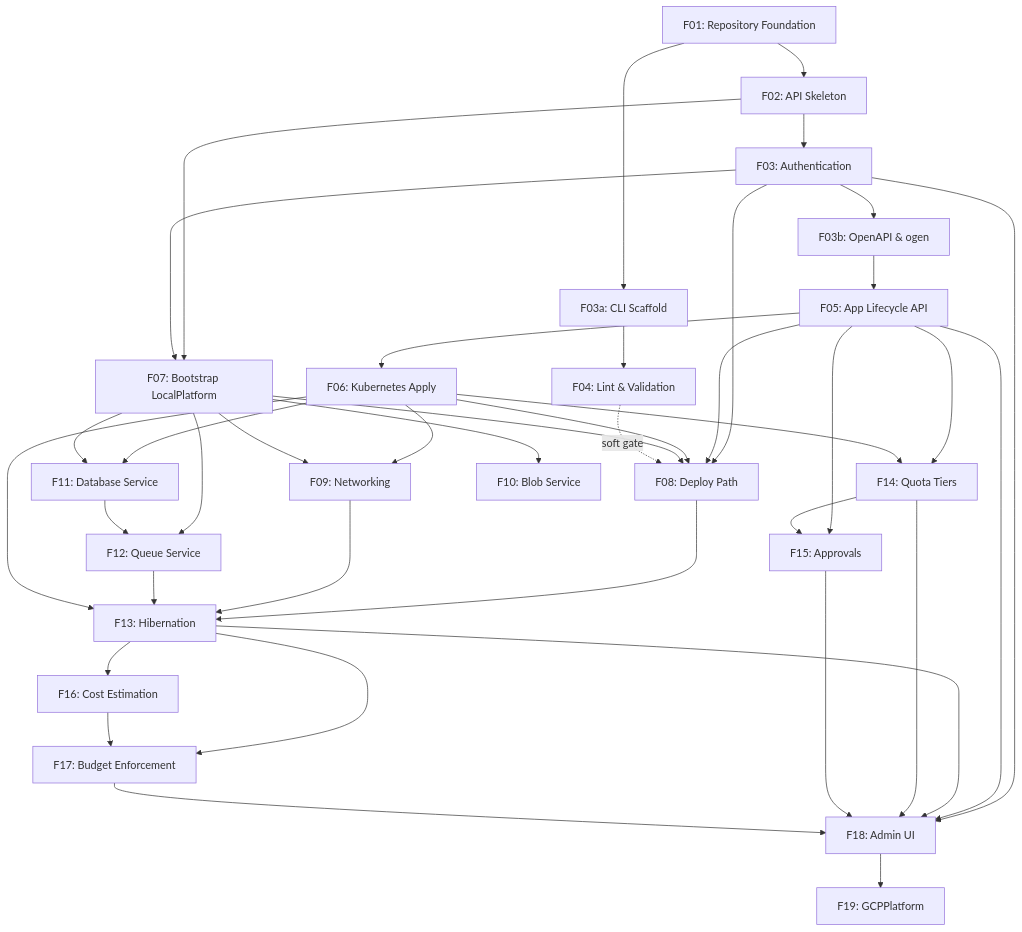
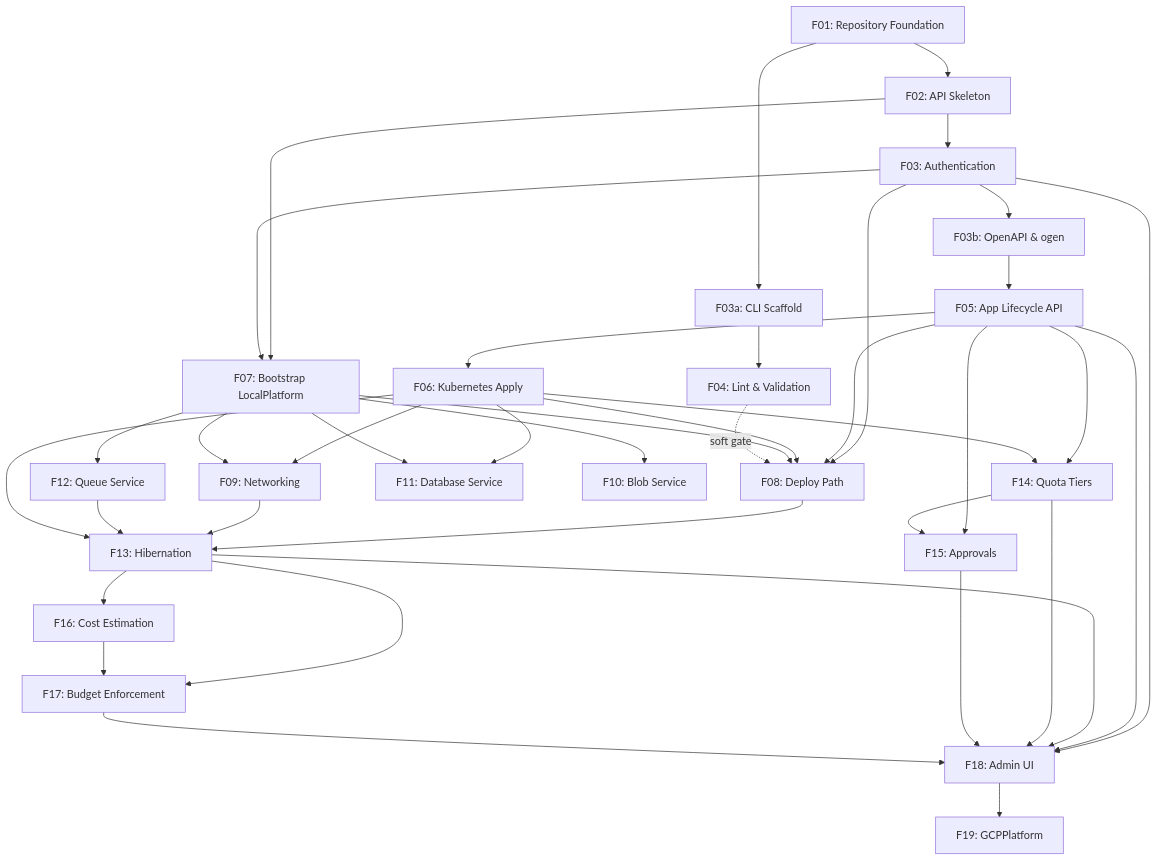
The diagram in docs/plans/implementation/README.md (ifeanyiecheruo/morsel), drawn with Mermaid before and after one commit. The commit also changed other lines of this file and 29 other files, not shown here.

````diff
--- a/docs/plans/implementation/README.md
+++ b/docs/plans/implementation/README.md
@@ -63,55 +63,53 @@
 ```mermaid
 graph TD
     F01[F01: Repository Foundation] --> F02[F02: API Skeleton]
     F01 --> F03a[F03a: CLI Scaffold]
     F03a --> F04[F04: Lint & Validation]
 
     F02 --> F03[F03: Authentication]
     F02 --> F07[F07: Bootstrap LocalPlatform]
 
     F03 --> F03b[F03b: OpenAPI & ogen]
     F03 --> F07
     F03 --> F08[F08: Deploy Path]
 
     F03b --> F05[F05: App Lifecycle API]
 
     F05 --> F06[F06: Kubernetes Apply]
     F05 --> F08
     F05 --> F14[F14: Quota Tiers]
     F05 --> F15[F15: Approvals]
 
     F06 --> F08
     F06 --> F09[F09: Networking]
     F06 --> F11[F11: Database Service]
     F06 --> F14
 
     F07 --> F08
     F07 --> F09
     F07 --> F10[F10: Blob Service]
     F07 --> F11
     F07 --> F12[F12: Queue Service]
 
-    F11 --> F12
-
     F14 --> F15
 
     F08 --> F13[F13: Hibernation]
     F09 --> F13
     F12 --> F13
     F06 --> F13
 
     F13 --> F16[F16: Cost Estimation]
     F13 --> F17[F17: Budget Enforcement]
     F16 --> F17
 
     F03 --> F18[F18: Admin UI]
     F05 --> F18
     F13 --> F18
     F14 --> F18
     F15 --> F18
     F17 --> F18
 
     F18 --> F19[F19: GCPPlatform]
 
     F04 -.->|soft gate| F08
 ```
````
